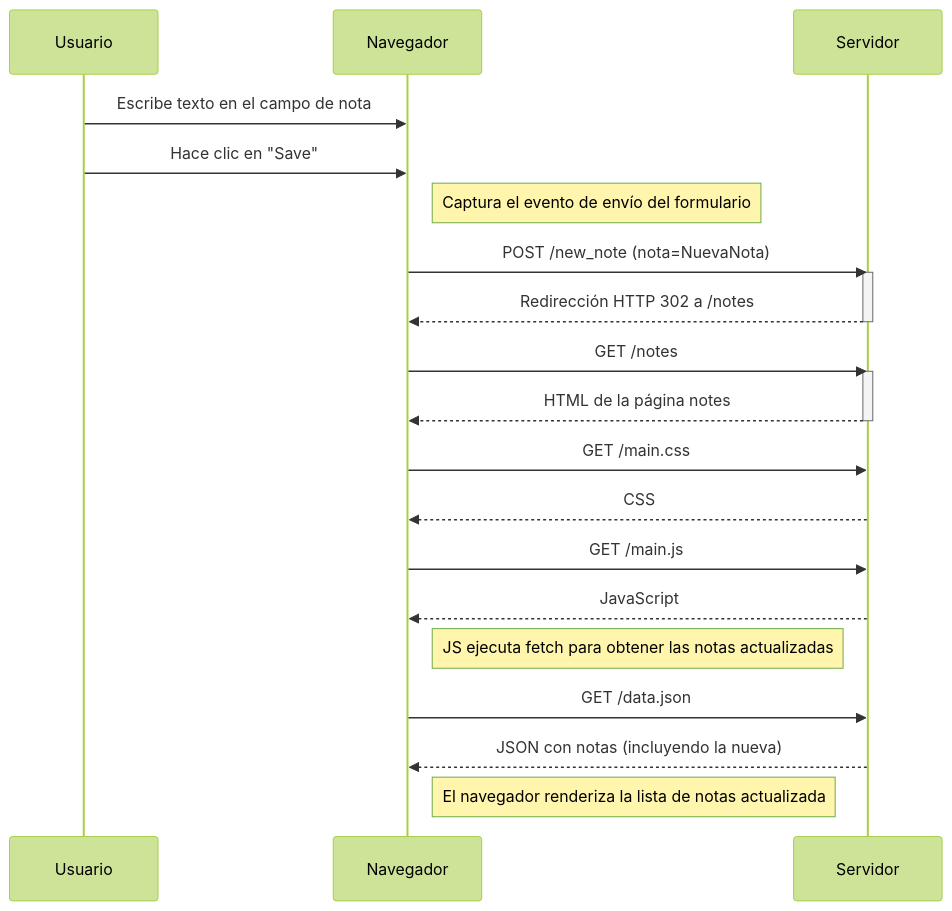
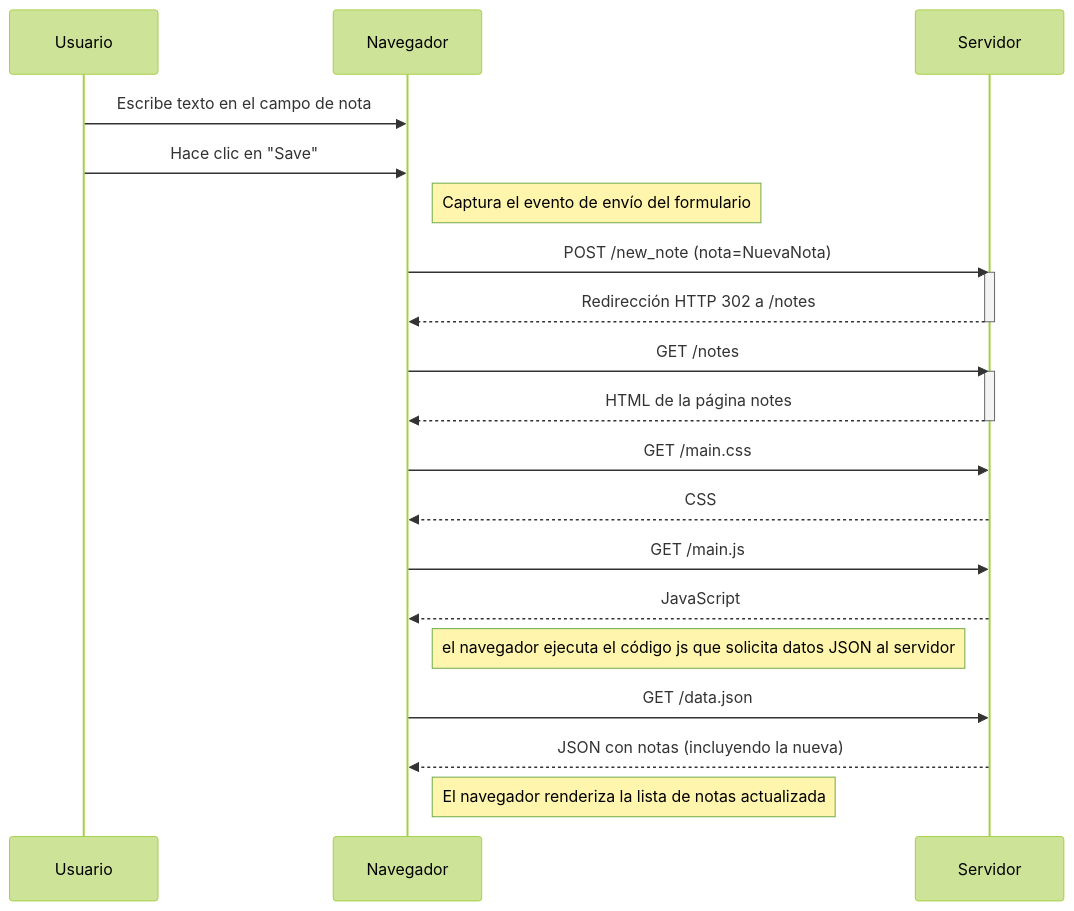
Before and after one commit to fraguio/fullstackopen: the diagram in part0/0.4-new-note-diagram.md, drawn with Mermaid (forest theme).

Commit message:
fix(exercise 0.4): update text in note

````diff
--- a/part0/0.4-new-note-diagram.md
+++ b/part0/0.4-new-note-diagram.md
@@ -1,35 +1,35 @@
 ```mermaid
 sequenceDiagram
     participant Usuario
     participant Navegador
     participant Servidor
 
     %% --- Creación de una nueva nota ---
     Usuario->>Navegador: Escribe texto en el campo de nota
     Usuario->>Navegador: Hace clic en "Save"
 
     Note right of Navegador: Captura el evento de envío del formulario
 
     Navegador->>Servidor: POST /new_note (nota=NuevaNota)
     activate Servidor
     Servidor-->>Navegador: Redirección HTTP 302 a /notes
     deactivate Servidor
 
     Navegador->>Servidor: GET /notes
     activate Servidor
     Servidor-->>Navegador: HTML de la página notes
     deactivate Servidor
 
     Navegador->>Servidor: GET /main.css
     Servidor-->>Navegador: CSS
 
     Navegador->>Servidor: GET /main.js
     Servidor-->>Navegador: JavaScript
 
-    Note right of Navegador: JS ejecuta fetch para obtener las notas actualizadas
+    Note right of Navegador: el navegador  ejecuta el código js que solicita datos JSON al servidor
 
     Navegador->>Servidor: GET /data.json
     Servidor-->>Navegador: JSON con notas (incluyendo la nueva)
 
     Note right of Navegador: El navegador renderiza la lista de notas actualizada
 ```    
````
